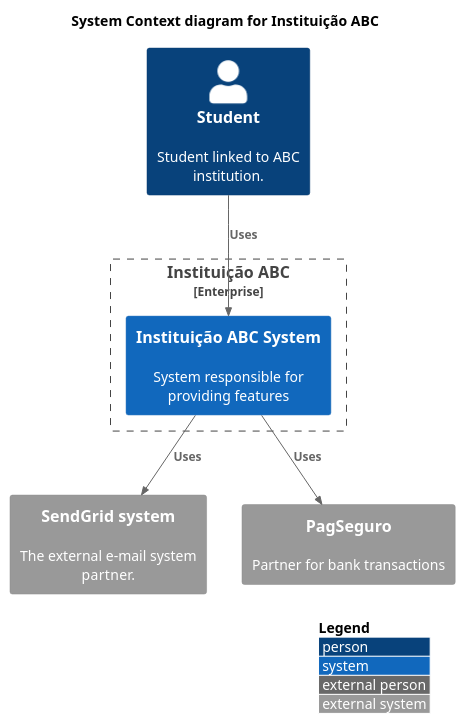
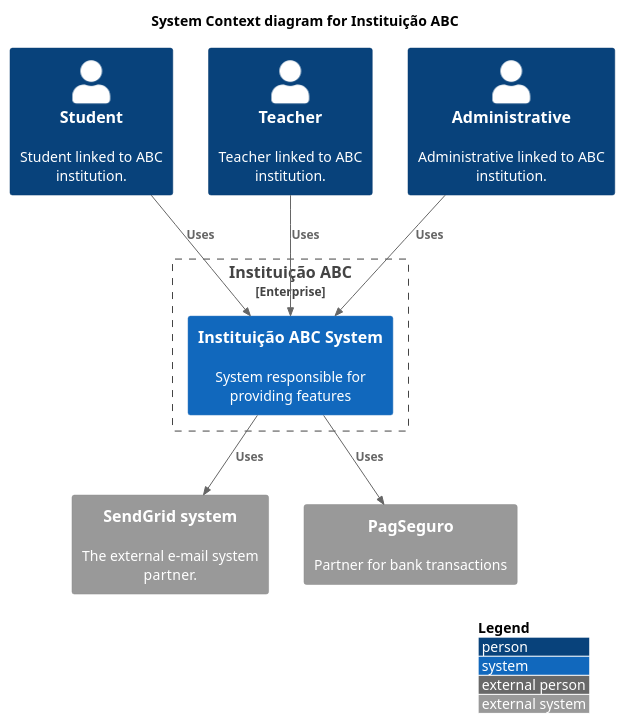
The diagram in docs/architecture/context.puml (alexsanderos/unisinos-abc-distributed), drawn with PlantUML before and after one commit. The commit also changed 2 other files, not shown here.

Commit message:
fix diagrams

```diff
--- a/docs/architecture/context.puml
+++ b/docs/architecture/context.puml
@@ -1,25 +1,30 @@
 @startuml
 !include https://raw.githubusercontent.com/plantuml-stdlib/C4-PlantUML/master/C4_Context.puml
 
 LAYOUT_WITH_LEGEND()
 
 title System Context diagram for Instituição ABC
 
-Person(customer, "Student", "Student linked to ABC institution.")
+Person(customerStudent, "Student", "Student linked to ABC institution.")
+Person(customerTeacher, "Teacher", "Teacher linked to ABC institution.")
+Person(customerAdministrative, "Administrative", "Administrative linked to ABC institution.")
 
 Enterprise_Boundary(c0, "Instituição ABC") {
 
     System(web_system, "Instituição ABC System", "System responsible for providing features")
 
 }
 
 System_Ext(mail_system, "SendGrid system", "The external e-mail system partner.")
 
 System_Ext(partner_bank_system, "PagSeguro", "Partner for bank transactions")
 
-Rel(customer, web_system, "Uses")
+Rel(customerStudent, web_system, "Uses")
+Rel(customerTeacher, web_system, "Uses")
+Rel(customerAdministrative, web_system, "Uses")
+
 
 Rel(web_system, partner_bank_system, "Uses")
 Rel(web_system, mail_system, "Uses")
 
 @enduml
```
